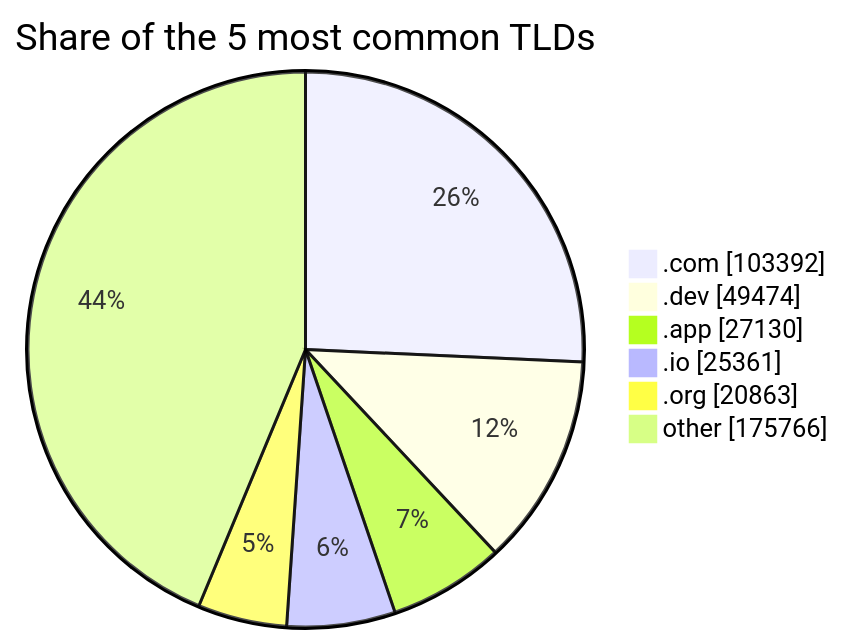
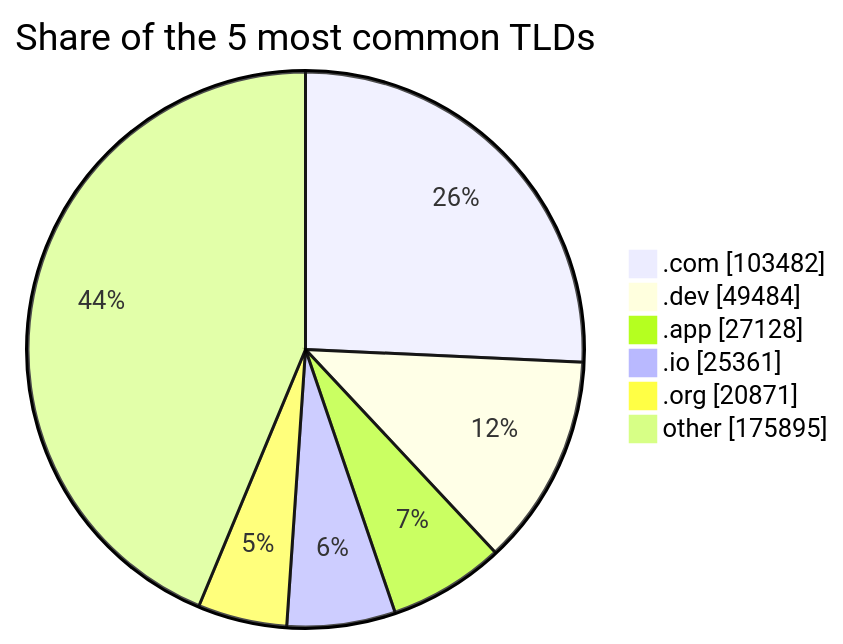
One commit to DNSBunker/CTI changed the third of 3 diagrams in README.md. Above: the diagram before and after it, drawn with Mermaid. The commit also changed other lines of this file and 3 other files, not shown here.

````diff
--- a/README.md
+++ b/README.md
@@ -81,9 +81,9 @@
 ```mermaid
 pie showData title Share of the 5 most common TLDs
-    ".com" : 103392
-    ".dev" : 49474
-    ".app" : 27130
+    ".com" : 103482
+    ".dev" : 49484
+    ".app" : 27128
     ".io" : 25361
-    ".org" : 20863
-    "other" : 175766
+    ".org" : 20871
+    "other" : 175895
 ```
````
